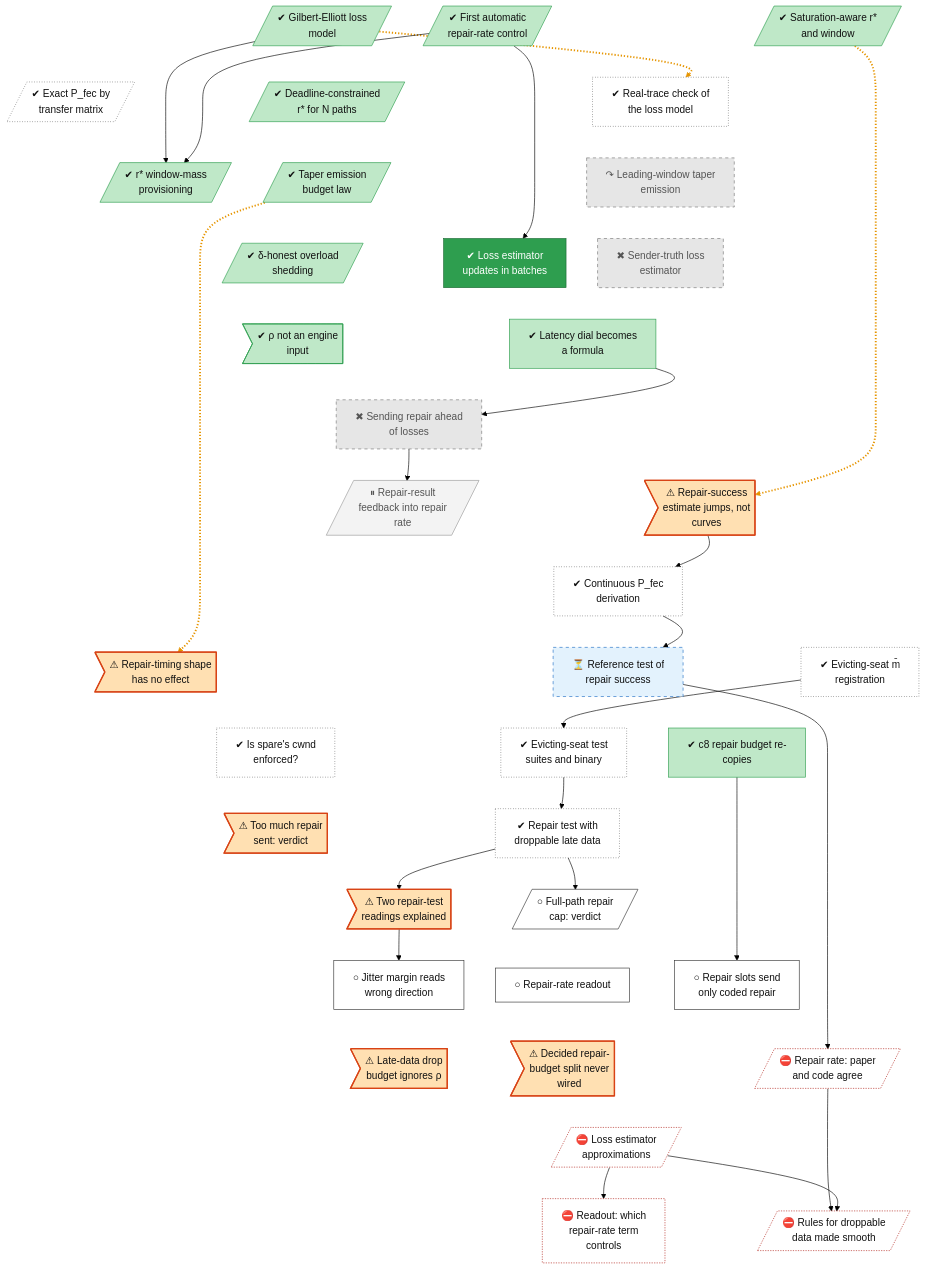
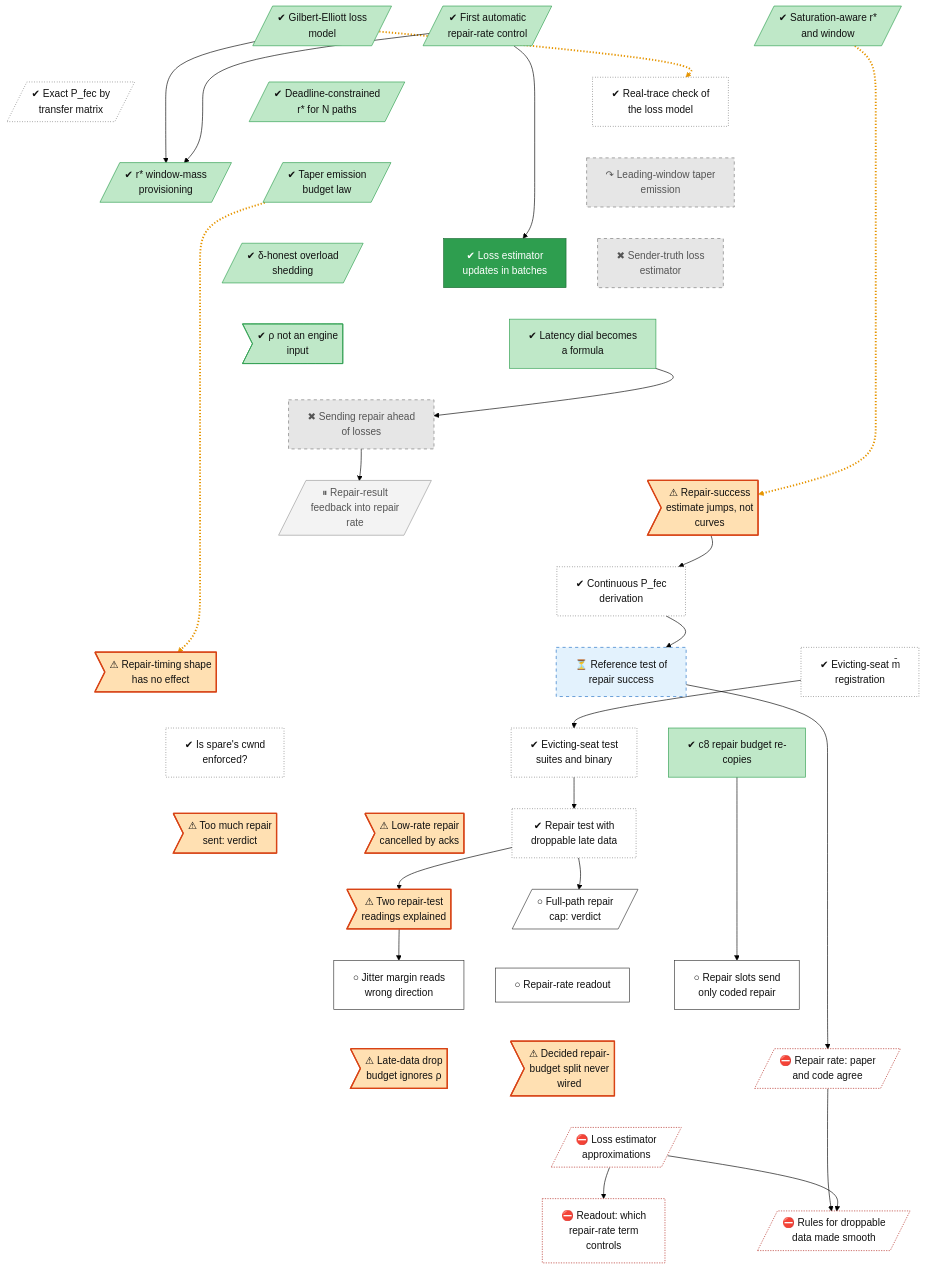
The diagram in docs/roadmap/tracks/rate.md (lhns/raptorpath), drawn with Mermaid (forest theme) before and after one commit. The commit also changed other lines of this file and 4 other files, not shown here.

Commit message:
roadmap: 68r diagnosis (beta moves; reopen gauge artifact); defect node for low-rate repair cancelled by acks

```diff
--- a/docs/roadmap/tracks/rate.md
+++ b/docs/roadmap/tracks/rate.md
@@ -34,6 +34,7 @@
     rate_evict_epre["✔ Evicting-seat test<br/>suites and binary"]
     rate_c8_frontier_recopy["✔ c8 repair budget re-<br/>copies"]
     rate_overprovision_verdict>"⚠ Too much repair<br/>sent: verdict"]
+    rate_defect_lowrate_cancel>"⚠ Low-rate repair<br/>cancelled by acks"]
     rate_evict_session["✔ Repair test with<br/>droppable late data"]
     rate_k4_input_checks>"⚠ Two repair-test<br/>readings explained"]
     rate_spare_clamp_verdict[/"○ Full-path repair<br/>cap: verdict"/]
@@ -71,9 +72,10 @@
     rate_defect_taper_inert ~~~ rate_evict_epre
     rate_evict_registration ~~~ rate_c8_frontier_recopy
     rate_spare_cwnd ~~~ rate_overprovision_verdict
-    rate_evict_epre ~~~ rate_evict_session
+    rate_evict_epre ~~~ rate_defect_lowrate_cancel
     rate_c8_frontier_recopy ~~~ rate_evict_session
     rate_overprovision_verdict ~~~ rate_k4_input_checks
+    rate_defect_lowrate_cancel ~~~ rate_spare_clamp_verdict
     rate_evict_session ~~~ rate_spare_clamp_verdict
     rate_k4_input_checks ~~~ rate_delta_jitter_fix
     rate_spare_clamp_verdict ~~~ rate_fix_rate_readout
@@ -106,7 +108,7 @@
     rate_fix_estimators --> rate_fix_term_gauge
     rate_law_reconcile --> rate_fix_rho_realtime
     rate_fix_estimators --> rate_fix_rho_realtime
-    linkStyle 40,41,44 stroke:#e69500,stroke-width:3px,stroke-dasharray:2 3
+    linkStyle 41,42,45 stroke:#e69500,stroke-width:3px,stroke-dasharray:2 3
     classDef vsucc fill:#2e9e4f,stroke:#1b6b34,color:#fff
     classDef succ fill:#bfe8c8,stroke:#2e9e4f,color:#111
     classDef mixed fill:#ffd37a,stroke:#c98a00,color:#111
@@ -126,7 +128,7 @@
     class rate_leading_taper,rate_sender_truth_loss,rate_r_battery dead
     class rate_est_cadence vsucc
     class rate_dof_ledger parked
-    class rate_defect_pfec,rate_defect_taper_inert,rate_overprovision_verdict,rate_k4_input_checks,rate_shed_budget_rho,rate_adr50_split_unwired finding
+    class rate_defect_pfec,rate_defect_taper_inert,rate_overprovision_verdict,rate_defect_lowrate_cancel,rate_k4_input_checks,rate_shed_budget_rho,rate_adr50_split_unwired finding
     class rate_pfec_oracle waiting
     class rate_spare_clamp_verdict,rate_delta_jitter_fix,rate_fix_rate_readout,rate_s06_plost_derivation next
     class rate_law_reconcile,rate_fix_estimators,rate_fix_term_gauge,rate_fix_rho_realtime blocked
```
